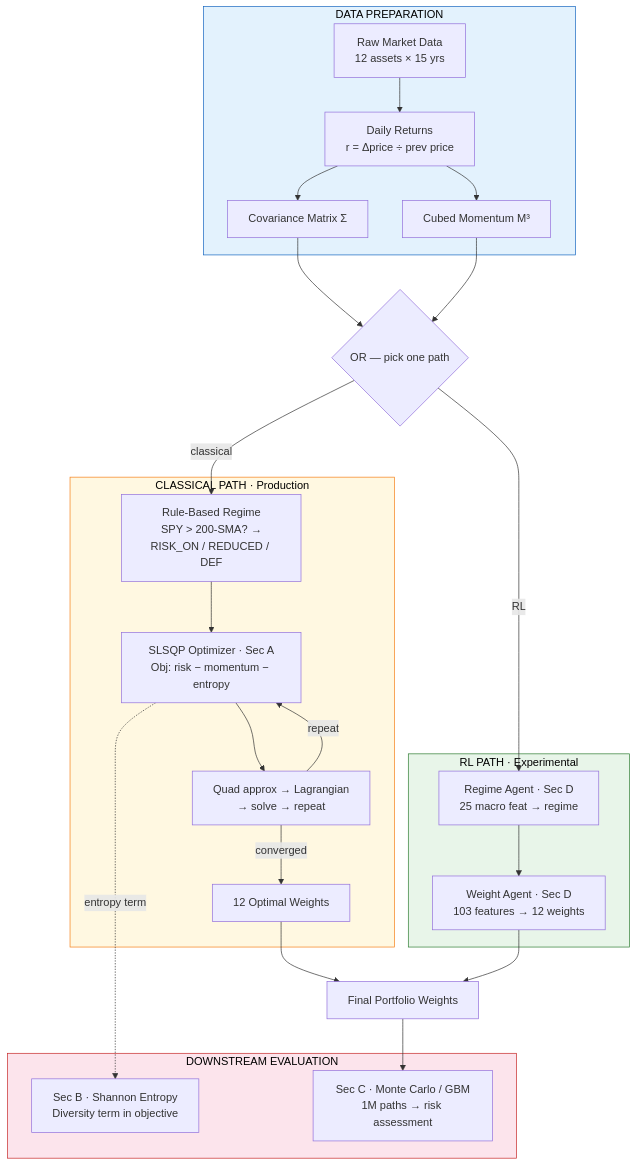
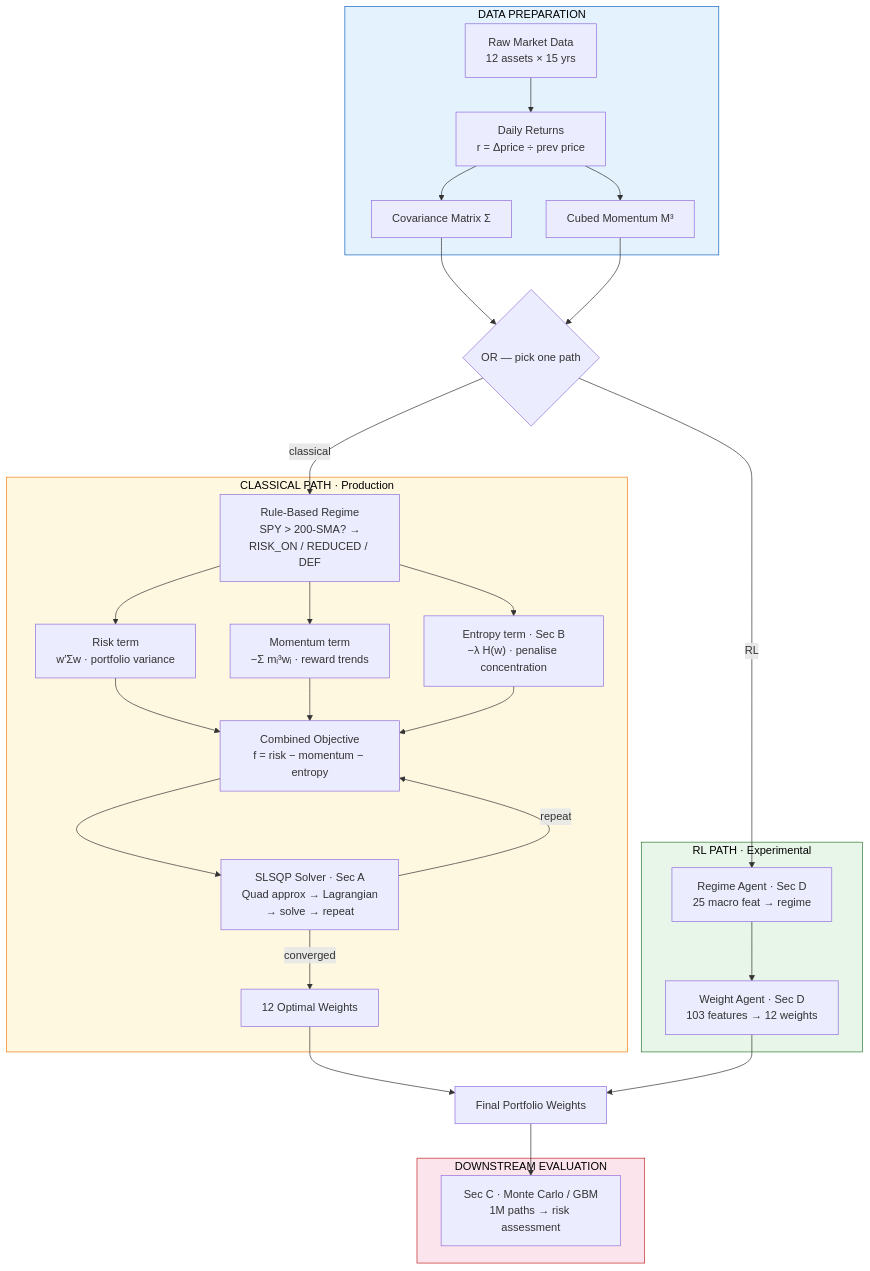
Before and after one commit to Guannings/alpha_dual_engine: the diagram in README.md, drawn with Mermaid.

Commit message:
Expand objective construction in flowchart, fix entropy placement
Show the three components (risk w′Σw, momentum −Σmᵢ³wᵢ, entropy −λH(w))
that build the combined objective before SLSQP solves it. Moved entropy
from misleading downstream section into the classical path where it
belongs — it's a building block of the objective, not an output.

````diff
--- a/README.md
+++ b/README.md
@@ -1067,55 +1067,61 @@
 ```mermaid
 graph TD
     subgraph DATA ["DATA PREPARATION"]
         RAW["Raw Market Data<br/>12 assets × 15 yrs"]
         RET["Daily Returns<br/>r = Δprice ÷ prev price"]
         COV["Covariance Matrix Σ"]
         MOM["Cubed Momentum M³"]
     end
 
     RAW --> RET
     RET --> COV
     RET --> MOM
 
     COV --> PICK
     MOM --> PICK
     PICK{"OR — pick one path"}
 
     subgraph CLASSICAL ["CLASSICAL PATH · Production"]
         REG_C["Rule-Based Regime<br/>SPY > 200-SMA? →<br/>RISK_ON / REDUCED / DEF"]
-        OBJ["SLSQP Optimizer · Sec A<br/>Obj: risk − momentum − entropy"]
-        ITER["Quad approx → Lagrangian<br/>→ solve → repeat"]
+        RISK["Risk term<br/>w′Σw · portfolio variance"]
+        MOMENT["Momentum term<br/>−Σ mᵢ³wᵢ · reward trends"]
+        ENTROPY["Entropy term · Sec B<br/>−λ H(w) · penalise concentration"]
+        OBJ["Combined Objective<br/>f = risk − momentum − entropy"]
+        ITER["SLSQP Solver · Sec A<br/>Quad approx → Lagrangian<br/>→ solve → repeat"]
         W_C["12 Optimal Weights"]
     end
 
     subgraph RL_PATH ["RL PATH · Experimental"]
         REG_R["Regime Agent · Sec D<br/>25 macro feat → regime"]
         W_R["Weight Agent · Sec D<br/>103 features → 12 weights"]
     end
 
     PICK -->|"classical"| REG_C
     PICK -->|"RL"| REG_R
 
-    REG_C --> OBJ
+    REG_C --> RISK
+    REG_C --> MOMENT
+    REG_C --> ENTROPY
+    RISK --> OBJ
+    MOMENT --> OBJ
+    ENTROPY --> OBJ
     OBJ --> ITER
     ITER -->|"converged"| W_C
     ITER -->|"repeat"| OBJ
 
     REG_R --> W_R
 
     W_C --> FINAL["Final Portfolio Weights"]
     W_R --> FINAL
 
     subgraph DOWN ["DOWNSTREAM EVALUATION"]
-        ENT["Sec B · Shannon Entropy<br/>Diversity term in objective"]
         MC["Sec C · Monte Carlo / GBM<br/>1M paths → risk assessment"]
     end
 
     FINAL --> MC
-    OBJ -.->|"entropy term"| ENT
 
     style DATA fill:#e3f2fd,stroke:#1565c0,color:#000
     style CLASSICAL fill:#fff8e1,stroke:#f57f17,color:#000
     style RL_PATH fill:#e8f5e9,stroke:#2e7d32,color:#000
     style DOWN fill:#fce4ec,stroke:#c62828,color:#000
 ```
````
